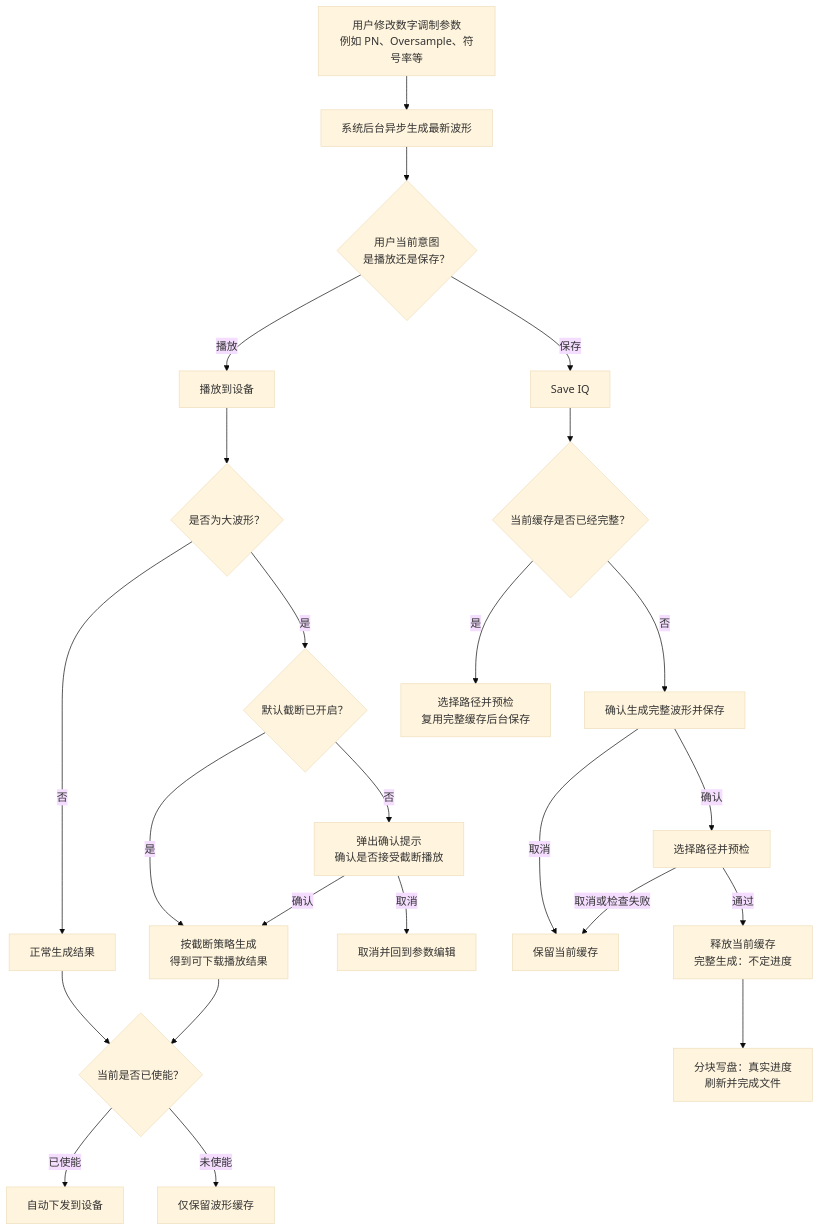
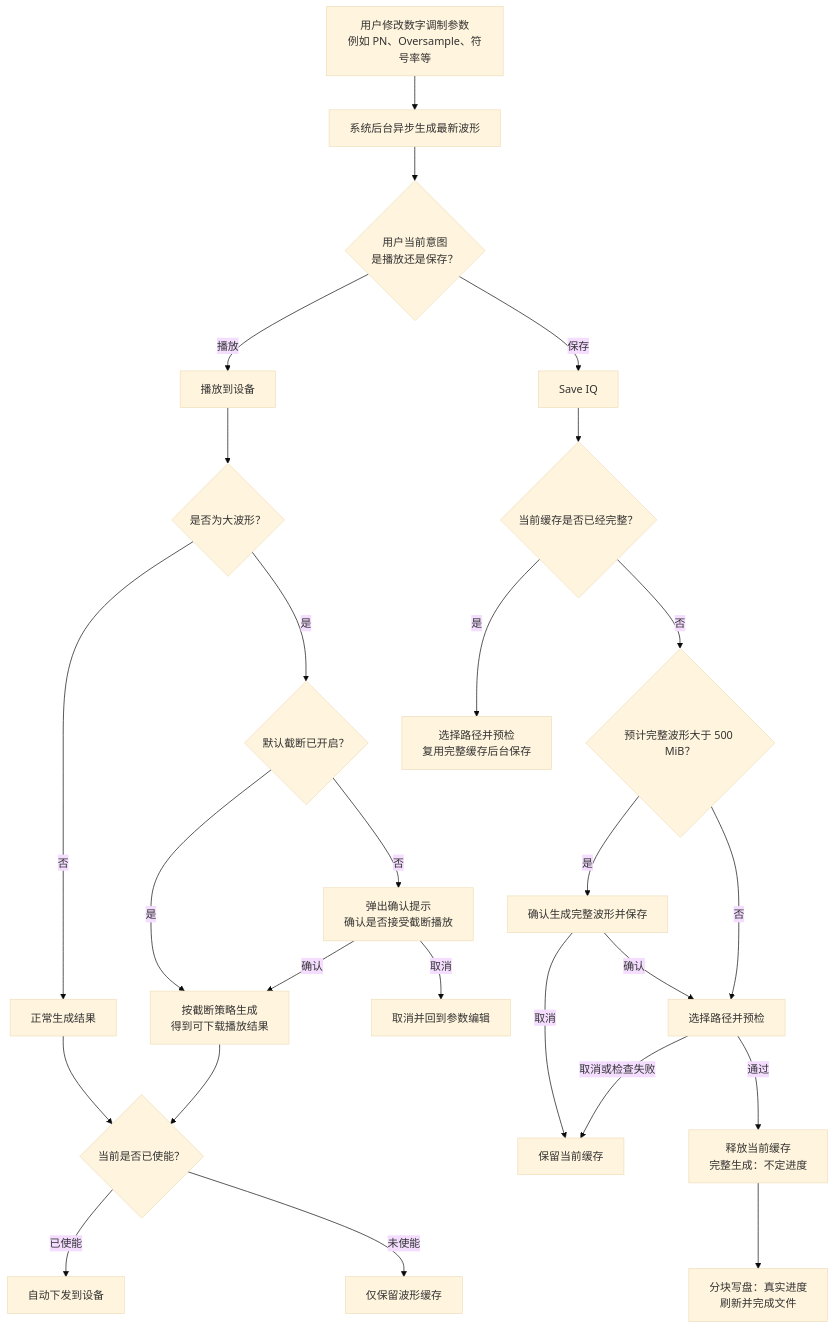
Before and after one commit to ChairmanHA/skills: the diagram in .github/KnowledgeBase/digital_modulation_user_interaction_flow.md, drawn with Mermaid (base theme). The commit also changed other lines of this file and 14 other files, not shown here.

````diff
--- a/.github/KnowledgeBase/digital_modulation_user_interaction_flow.md
+++ b/.github/KnowledgeBase/digital_modulation_user_interaction_flow.md
@@ -131,31 +131,33 @@
 ```mermaid
 flowchart TD
 	edit["用户修改数字调制参数<br/>例如 PN、Oversample、符号率等"] --> async["系统后台异步生成最新波形"]
 	async --> intent{"用户当前意图<br/>是播放还是保存？"}
 
 	intent -->|播放| play["播放到设备"]
 	intent -->|保存| save["Save IQ"]
 
 	play --> large{"是否为大波形？"}
 	large -->|否| normal["正常生成结果"]
 	normal --> enabled{"当前是否已使能？"}
 
 	large -->|是| trimDefault{"默认截断已开启？"}
 	trimDefault -->|是| trimGen["按截断策略生成<br/>得到可下载播放结果"]
 	trimDefault -->|否| confirm["弹出确认提示<br/>确认是否接受截断播放"]
 	confirm -->|确认| trimGen
 	confirm -->|取消| cancel["取消并回到参数编辑"]
 	trimGen --> enabled
 
 	enabled -->|已使能| autoDownload["自动下发到设备"]
 	enabled -->|未使能| cacheOnly["仅保留波形缓存"]
 
 	save --> cacheFull{"当前缓存是否已经完整？"}
 	cacheFull -->|是| directSave["选择路径并预检<br/>复用完整缓存后台保存"]
-	cacheFull -->|否| exportConfirm["确认生成完整波形并保存"]
+	cacheFull -->|否| exportLarge{"预计完整波形大于 500 MiB？"}
+	exportLarge -->|是| exportConfirm["确认生成完整波形并保存"]
+	exportLarge -->|否| exportPath
 	exportConfirm -->|取消| keepCache["保留当前缓存"]
 	exportConfirm -->|确认| exportPath["选择路径并预检"]
 	exportPath -->|取消或检查失败| keepCache
 	exportPath -->|通过| fullGeneration["释放当前缓存<br/>完整生成：不定进度"]
 	fullGeneration --> fullSave["分块写盘：真实进度<br/>刷新并完成文件"]
 ```
````
